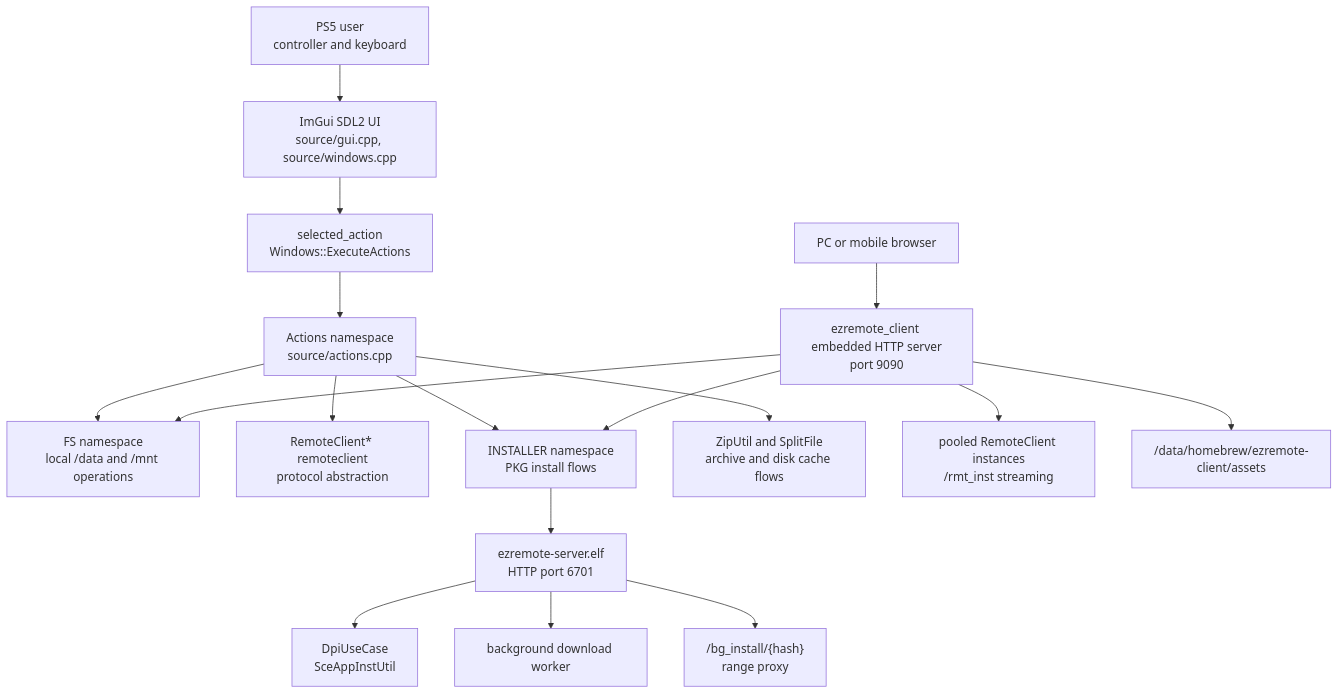
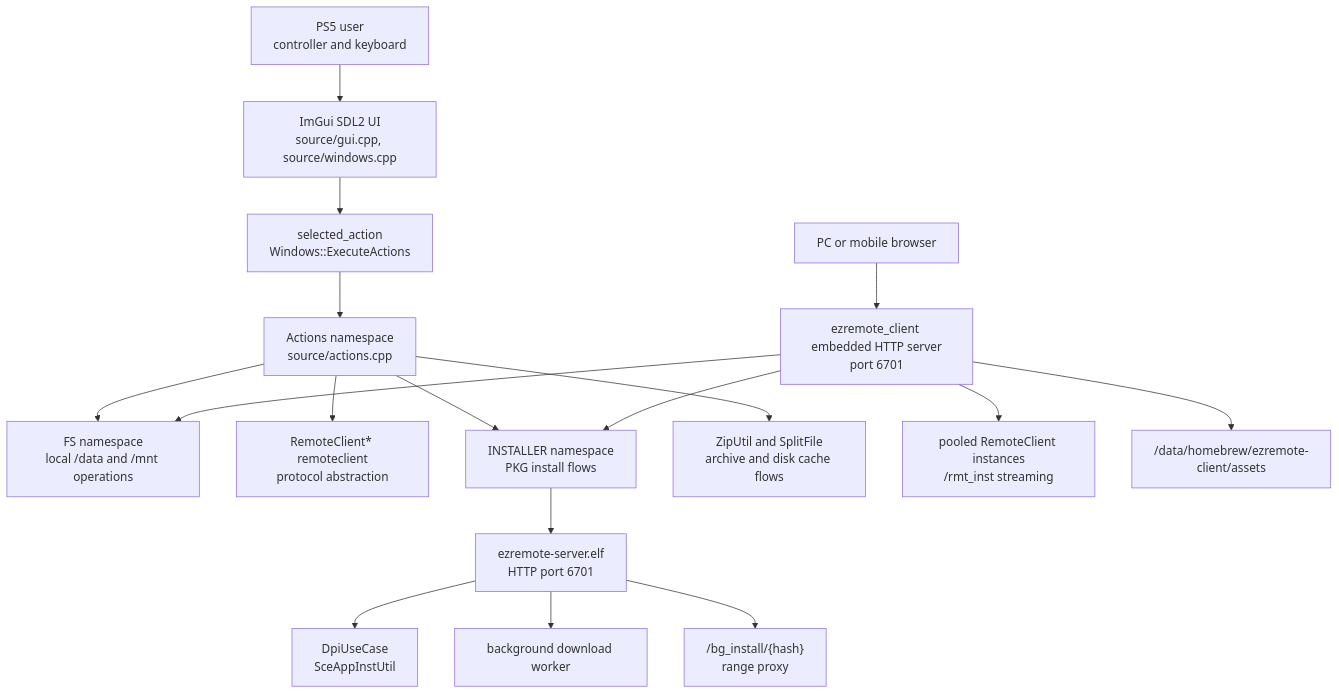
The third of 32 diagrams in DIAGRAMS.md (t-tx/ps5-ezremote-client), drawn with Mermaid before and after one commit. The commit also changed other lines of this file and 36 other files, not shown here.

````diff
--- a/DIAGRAMS.md
+++ b/DIAGRAMS.md
@@ -53,22 +53,22 @@
 ```mermaid
 flowchart TB
     User["PS5 user\ncontroller and keyboard"] --> ImGui["ImGui SDL2 UI\nsource/gui.cpp, source/windows.cpp"]
     ImGui --> ActionDispatch["selected_action\nWindows::ExecuteActions"]
     ActionDispatch --> Actions["Actions namespace\nsource/actions.cpp"]
 
     Actions --> LocalFS["FS namespace\nlocal /data and /mnt operations"]
     Actions --> RemoteClient["RemoteClient* remoteclient\nprotocol abstraction"]
     Actions --> Installer["INSTALLER namespace\nPKG install flows"]
     Actions --> ZipUtil["ZipUtil and SplitFile\narchive and disk cache flows"]
 
-    Browser["PC or mobile browser"] --> ClientHttp["ezremote_client embedded HTTP server\nport 9090"]
+    Browser["PC or mobile browser"] --> ClientHttp["ezremote_client embedded HTTP server\nport 6701"]
     ClientHttp --> LocalFS
     ClientHttp --> Installer
     ClientHttp --> RemoteClientPool["pooled RemoteClient instances\n/rmt_inst streaming"]
     ClientHttp --> WebAssets["/data/homebrew/ezremote-client/assets"]
 
     Installer --> ServerPayload["ezremote-server.elf\nHTTP port 6701"]
     ServerPayload --> DpiUseCase["DpiUseCase\nSceAppInstUtil"]
     ServerPayload --> BgDownloads["background download worker"]
     ServerPayload --> BgInstallProxy["/bg_install/{hash}\nrange proxy"]
 ```
````
